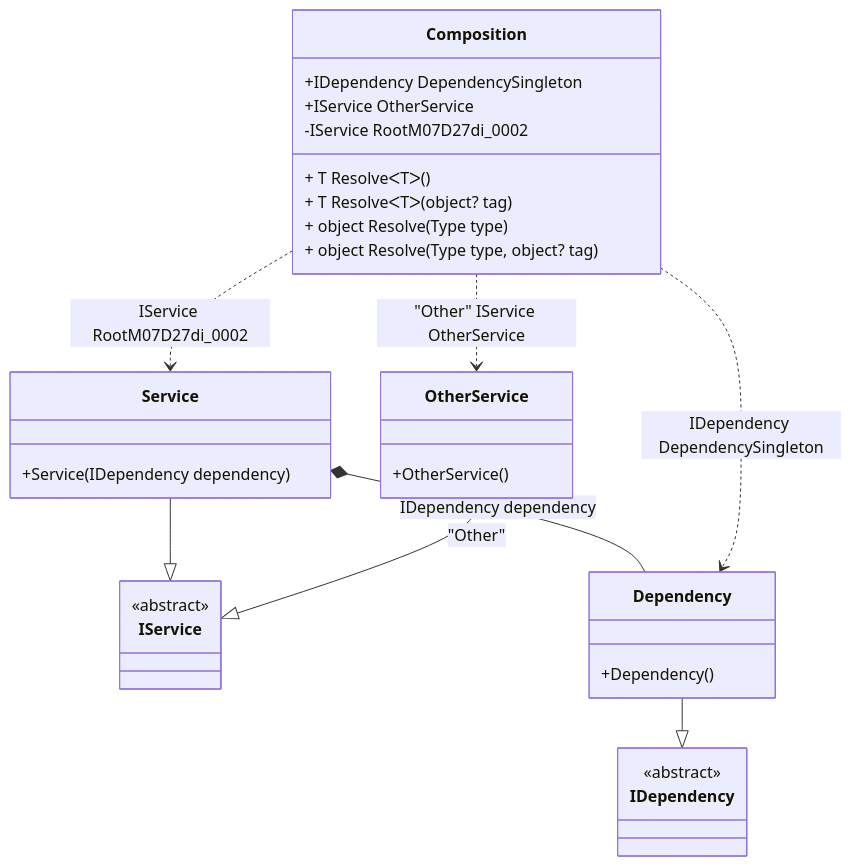
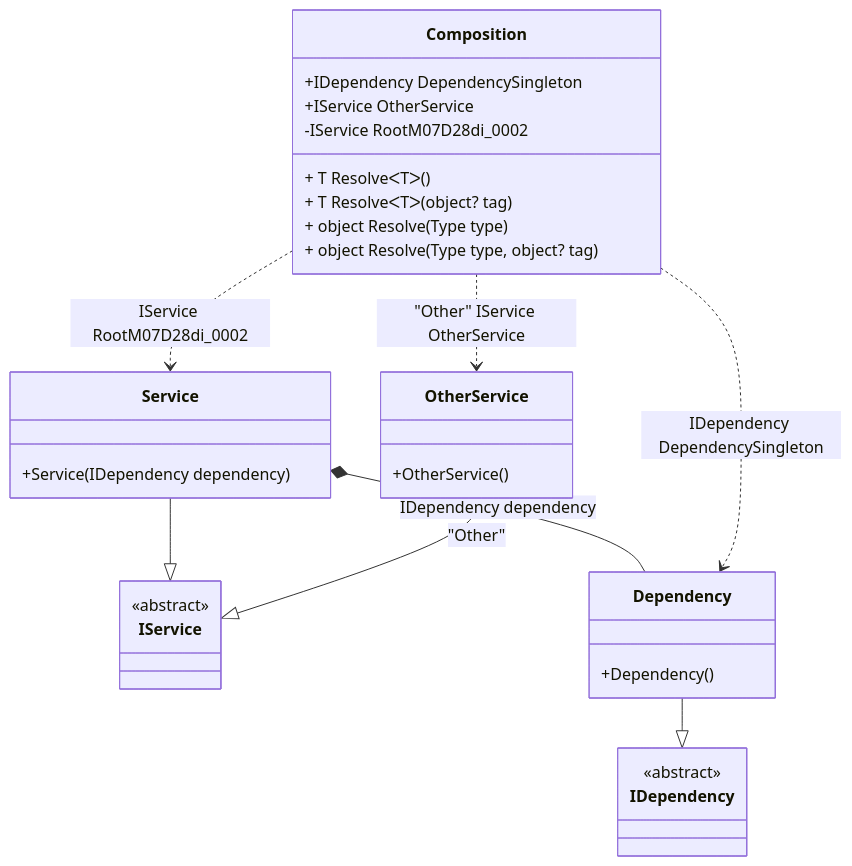
The diagram in readme/resolve-methods.md (DevTeam/Pure.DI), drawn with Mermaid before and after one commit. The commit also changed other lines of this file and 51 other files, not shown here.

````diff
--- a/readme/resolve-methods.md
+++ b/readme/resolve-methods.md
@@ -47,34 +47,34 @@
 ```mermaid
 classDiagram
   class Composition {
     +IDependency DependencySingleton
     +IService OtherService
-    -IService RootM07D27di_0002
+    -IService RootM07D28di_0002
     + T ResolveᐸTᐳ()
     + T ResolveᐸTᐳ(object? tag)
     + object Resolve(Type type)
     + object Resolve(Type type, object? tag)
   }
   Service --|> IService : 
   class Service {
     +Service(IDependency dependency)
   }
   Dependency --|> IDependency : 
   class Dependency {
     +Dependency()
   }
   OtherService --|> IService : "Other" 
   class OtherService {
     +OtherService()
   }
   class IService {
     <<abstract>>
   }
   class IDependency {
     <<abstract>>
   }
   Service *--  Dependency : IDependency dependency
   Composition ..> Dependency : IDependency DependencySingleton
-  Composition ..> Service : IService RootM07D27di_0002
+  Composition ..> Service : IService RootM07D28di_0002
   Composition ..> OtherService : "Other" IService OtherService
 ```
````
